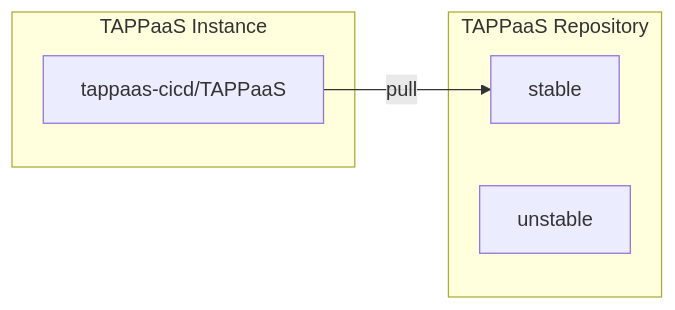
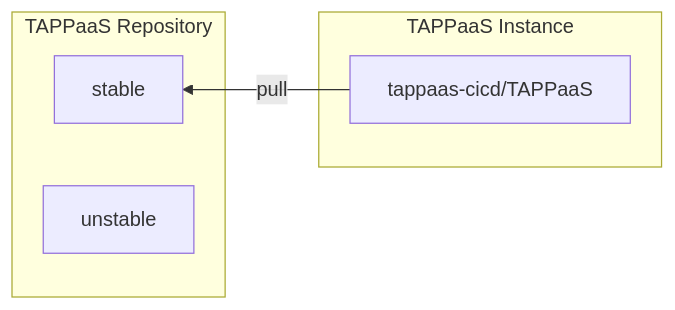
The first of 4 diagrams in docs/architecture/cicd-design/git-structure.md (TAPPaaS/Documentation), drawn with Mermaid before and after one commit.

Commit message:
tchange layout order

````diff
--- a/docs/architecture/cicd-design/git-structure.md
+++ b/docs/architecture/cicd-design/git-structure.md
@@ -26,13 +26,13 @@
 ```mermaid
-flowchart LR
+flowchart RL
     subgraph TAPPaaS[TAPPaaS Repository]
         stable[stable]
         unstable[unstable]
     end
 
     subgraph Instance[TAPPaaS Instance]
         local[tappaas-cicd/TAPPaaS]
     end
 
     local -->|pull| stable
 ```
````
